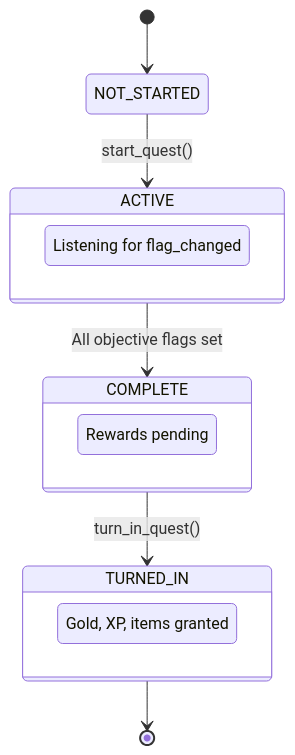
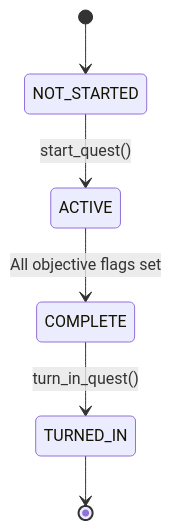
The second of 3 diagrams in tutorial/23_part_v_review.md (Jorge-D-Robles/gemini-fantasy), drawn with Mermaid before and after one commit. The commit also changed other lines of this file and 24 other files, not shown here.

Commit message:
Refine tutorial Mermaid diagrams

````diff
--- a/tutorial/23_part_v_review.md
+++ b/tutorial/23_part_v_review.md
@@ -65,18 +60,8 @@
 ```mermaid
 stateDiagram-v2
     [*] --> NOT_STARTED
     NOT_STARTED --> ACTIVE : start_quest()
     ACTIVE --> COMPLETE : All objective flags set
     COMPLETE --> TURNED_IN : turn_in_quest()
     TURNED_IN --> [*]
-
-    state ACTIVE {
-        [*] : Listening for flag_changed
-    }
-    state COMPLETE {
-        [*] : Rewards pending
-    }
-    state TURNED_IN {
-        [*] : Gold, XP, items granted
-    }
 ```
````
